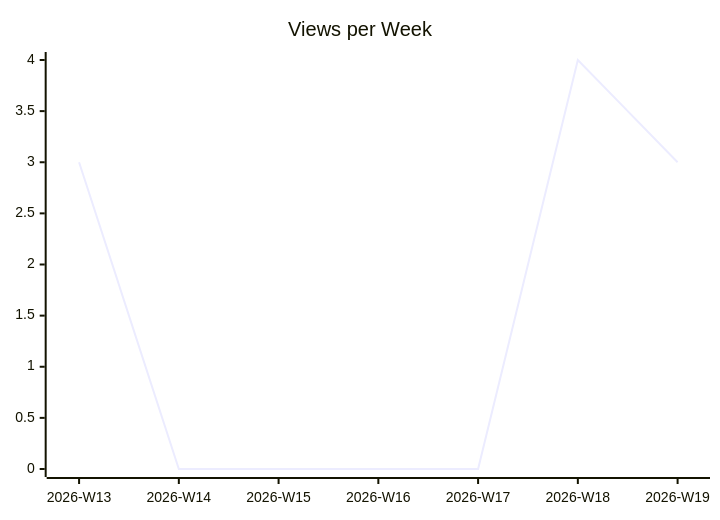
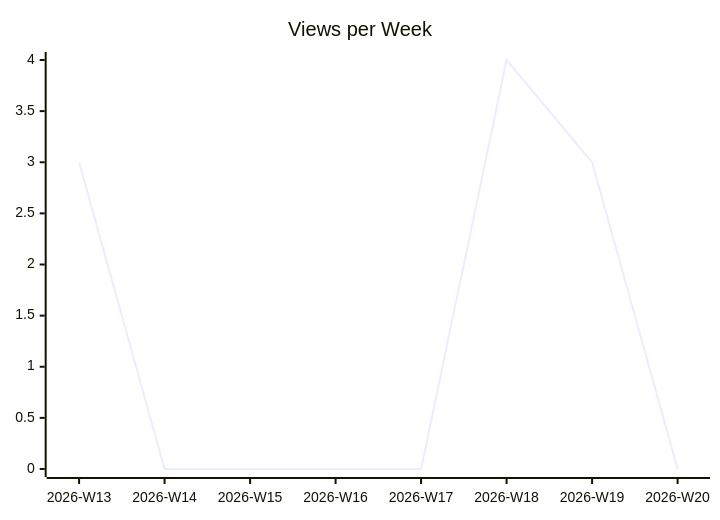
Before and after one commit to justdavis-family/github-analytics-data: the second of 3 diagrams in karlmdavis/kxml2/README.md, drawn with Mermaid. The commit also changed other lines of this file and 176 other files, not shown here.

````diff
--- a/karlmdavis/kxml2/README.md
+++ b/karlmdavis/kxml2/README.md
@@ -12,6 +12,6 @@
 ```mermaid
 xychart-beta
   title "Views per Week"
-  x-axis ["2026-W13", "2026-W14", "2026-W15", "2026-W16", "2026-W17", "2026-W18", "2026-W19"]
-  line [3, 0, 0, 0, 0, 4, 3]
+  x-axis ["2026-W13", "2026-W14", "2026-W15", "2026-W16", "2026-W17", "2026-W18", "2026-W19", "2026-W20"]
+  line [3, 0, 0, 0, 0, 4, 3, 0]
 ```
````
